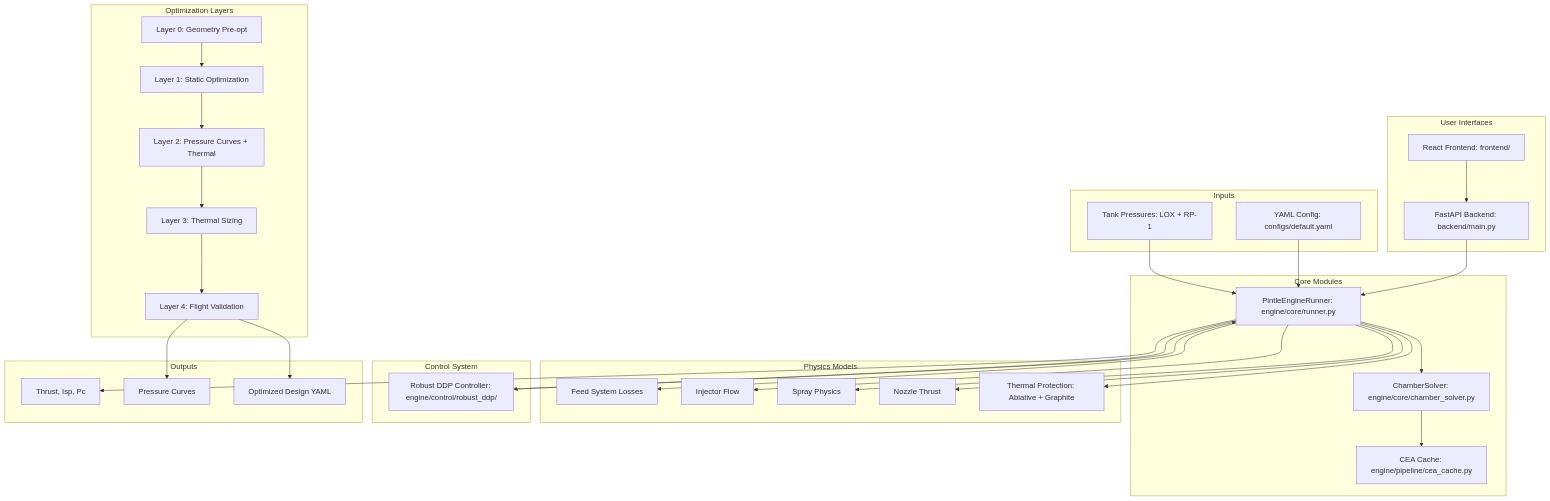
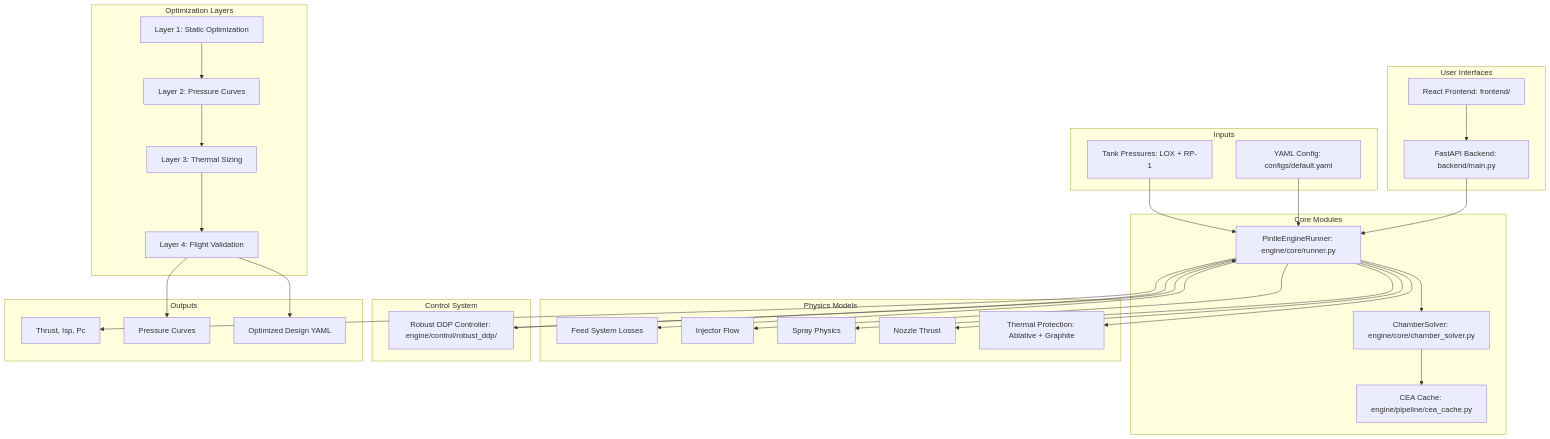
The diagram in README.md (calstar/EngineDesign), drawn with Mermaid before and after one commit. The commit also changed other lines of this file, not shown here.

````diff
--- a/README.md
+++ b/README.md
@@ -18,69 +18,67 @@
 ```mermaid
 flowchart TB
     subgraph inputs [Inputs]
         TankP["Tank Pressures: LOX + RP-1"]
         Config["YAML Config: configs/default.yaml"]
     end
 
     subgraph core [Core Modules]
         Runner["PintleEngineRunner: engine/core/runner.py"]
         Solver["ChamberSolver: engine/core/chamber_solver.py"]
         CEA["CEA Cache: engine/pipeline/cea_cache.py"]
     end
 
     subgraph physics [Physics Models]
         Feed[Feed System Losses]
         Injector[Injector Flow]
         Spray[Spray Physics]
         Nozzle[Nozzle Thrust]
         Thermal["Thermal Protection: Ablative + Graphite"]
     end
 
     subgraph optimizer [Optimization Layers]
-        L0["Layer 0: Geometry Pre-opt"]
         L1["Layer 1: Static Optimization"]
-        L2["Layer 2: Pressure Curves + Thermal"]
+        L2["Layer 2: Pressure Curves"]
         L3["Layer 3: Thermal Sizing"]
         L4["Layer 4: Flight Validation"]
     end
 
     subgraph control [Control System]
         DDP["Robust DDP Controller: engine/control/robust_ddp/"]
     end
 
     subgraph interfaces [User Interfaces]
         Backend["FastAPI Backend: backend/main.py"]
         Frontend["React Frontend: frontend/"]
     end
 
     subgraph outputs [Outputs]
         Thrust["Thrust, Isp, Pc"]
         Curves[Pressure Curves]
         Design["Optimized Design YAML"]
     end
 
     TankP --> Runner
     Config --> Runner
     Runner --> Solver
     Solver --> CEA
     Runner --> Feed
     Runner --> Injector
     Runner --> Spray
     Runner --> Nozzle
     Runner --> Thermal
 
-    L0 --> L1
     L1 --> L2
     L2 --> L3
     L3 --> L4
 
     Runner --> DDP
     DDP --> Runner
 
     Runner --> Thrust
     L4 --> Curves
     L4 --> Design
 
     Backend --> Runner
     Frontend --> Backend
 ```
````
